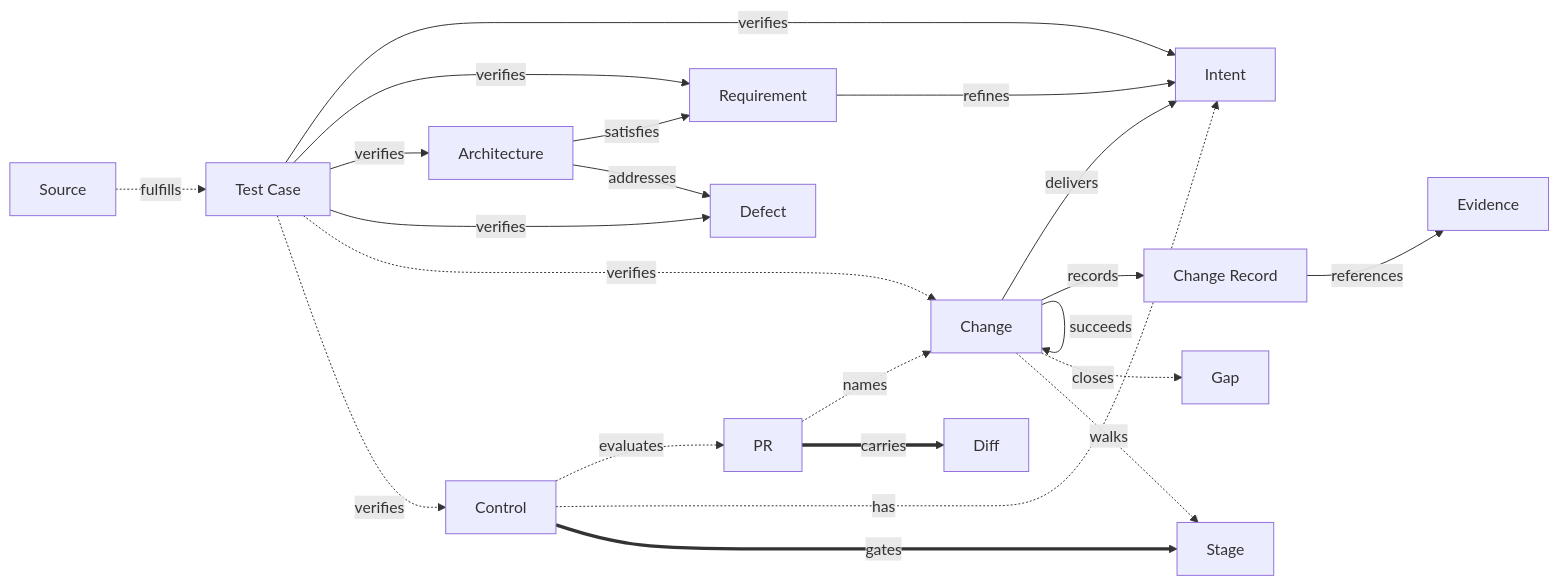
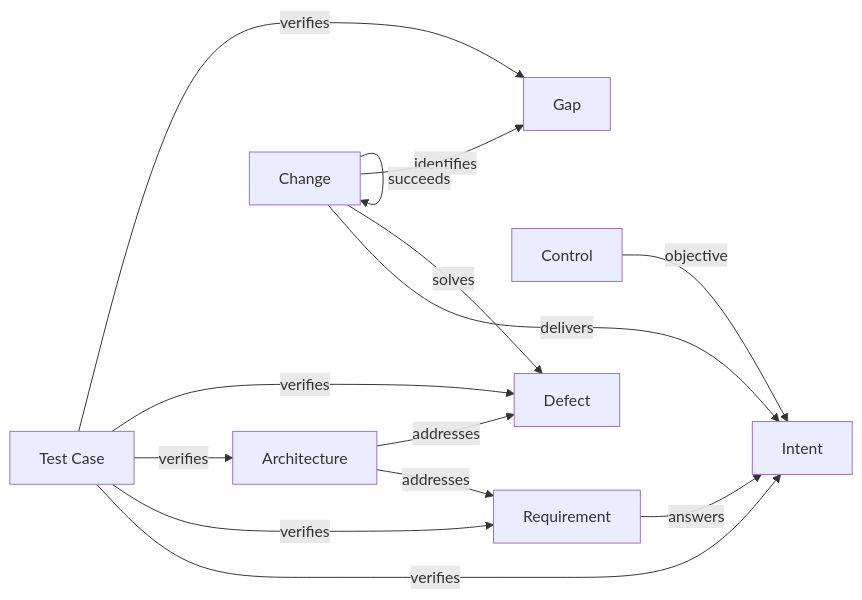
The diagram in engineering/metamodel/metamodel.md (Kai-Hacks-AI/KAAL), drawn with Mermaid before and after one commit. The commit also changed other lines of this file and 13 other files, not shown here.

````diff
--- a/engineering/metamodel/metamodel.md
+++ b/engineering/metamodel/metamodel.md
@@ -30,24 +29,16 @@
 ```mermaid
 flowchart LR
-  Change -->|delivers| Intent
-  Requirement -->|refines| Intent
-  Architecture -->|satisfies| Requirement
+  Requirement -->|answers| Intent
+  Architecture -->|addresses| Requirement
   Architecture -->|addresses| Defect
   TestCase["Test Case"] -->|verifies| Intent
   TestCase -->|verifies| Requirement
   TestCase -->|verifies| Architecture
   TestCase -->|verifies| Defect
+  TestCase -->|verifies| Gap
+  Control -->|objective| Intent
+  Change -->|delivers| Intent
+  Change -->|solves| Defect
+  Change -->|identifies| Gap
   Change -->|succeeds| Change
-  Change -->|records| ChangeRecord["Change Record"]
-  ChangeRecord -->|references| Evidence
-  PR -.->|names| Change
-  PR ==>|carries| Diff
-  Control -.->|evaluates| PR
-  Control -.->|has| Intent
-  TestCase -.->|verifies| Change
-  TestCase -.->|verifies| Control
-  Source -.->|fulfills| TestCase
-  Change -.->|closes| Gap
-  Change -.->|walks| Stage
-  Control ==>|gates| Stage
 ```
````
